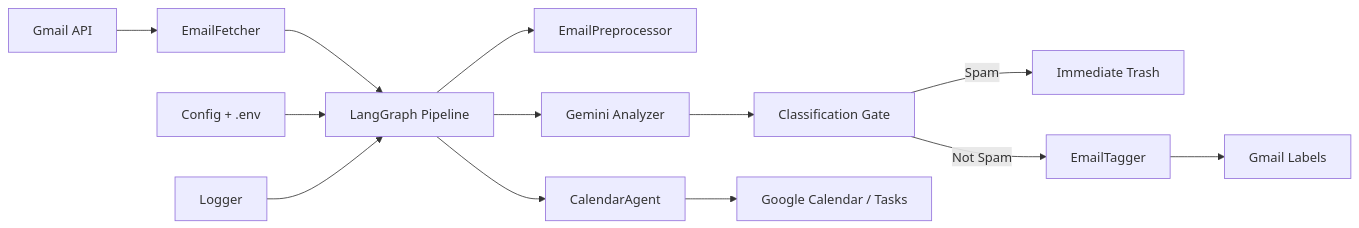
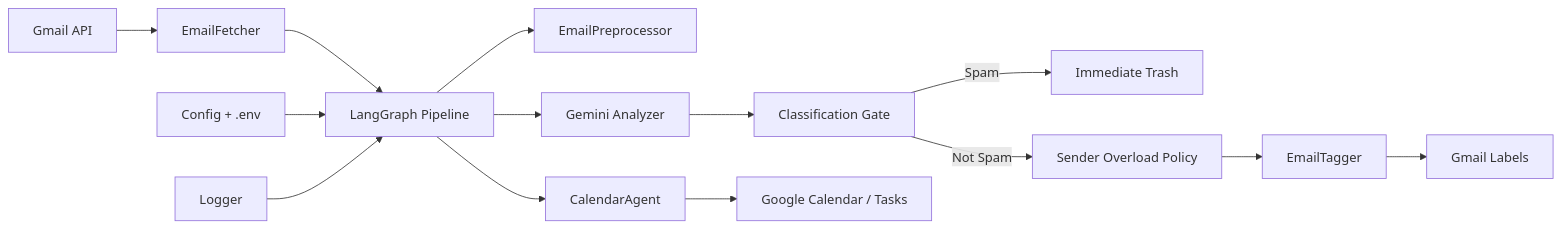
One commit to Phyopma/mail-agent.tmp changed the diagram in architecture.md. Above: the diagram before and after it, drawn with Mermaid. The commit also changed other lines of this file and 13 other files, not shown here.

Commit message:
feat/chore: harden mail workflow and sender overload policy

````diff
--- a/architecture.md
+++ b/architecture.md
@@ -9,15 +9,16 @@
 ```mermaid
 flowchart LR
     A[Gmail API] --> B[EmailFetcher]
     B --> C[LangGraph Pipeline]
     C --> D[EmailPreprocessor]
     C --> E[Gemini Analyzer]
     E --> L[Classification Gate]
     L -->|Spam| M[Immediate Trash]
-    L -->|Not Spam| F[EmailTagger]
+    L -->|Not Spam| N[Sender Overload Policy]
+    N --> F[EmailTagger]
     C --> G[CalendarAgent]
     F --> H[Gmail Labels]
     G --> I[Google Calendar / Tasks]
     J[Config + .env] --> C
     K[Logger] --> C
 ```
````
